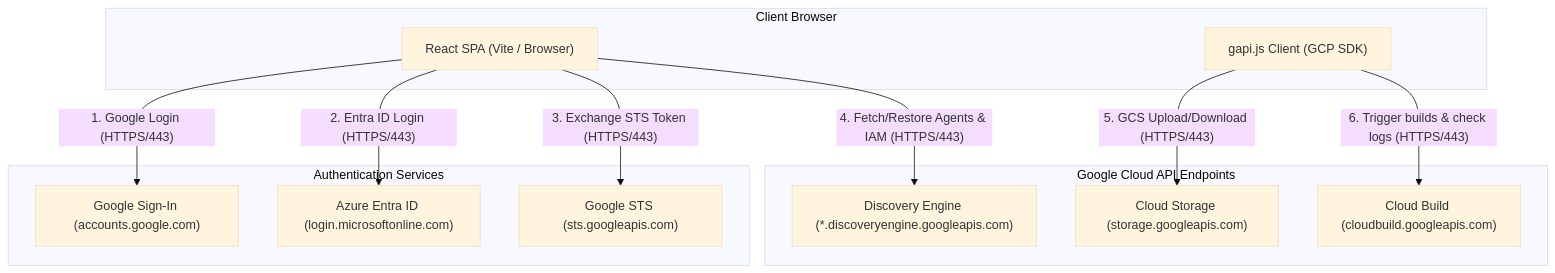
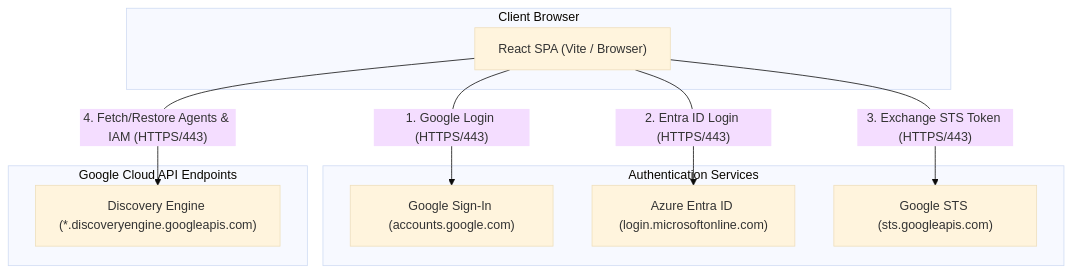
One commit to wdufrin/Backup_Restore_App changed the diagram in README.md. Above: the diagram before and after it, drawn with Mermaid (base theme). The commit also changed other lines of this file and 4 other files, not shown here.

````diff
--- a/README.md
+++ b/README.md
@@ -233,28 +27,23 @@
 ```mermaid
 graph TD
     subgraph Client ["Client Browser"]
         Frontend["React SPA (Vite / Browser)"]
-        GAPI["gapi.js Client (GCP SDK)"]
     end
 
     subgraph Auth ["Authentication Services"]
         GIS["Google Sign-In (accounts.google.com)"]
         IdP["Azure Entra ID (login.microsoftonline.com)"]
         STS["Google STS (sts.googleapis.com)"]
     end
 
     subgraph GoogleCloud ["Google Cloud API Endpoints"]
         DE["Discovery Engine (*.discoveryengine.googleapis.com)"]
-        GCS["Cloud Storage (storage.googleapis.com)"]
-        CB["Cloud Build (cloudbuild.googleapis.com)"]
     end
 
     %% Network flows
-    Frontend -- "1. Google Login (HTTPS/443)" --> GIS
-    Frontend -- "2. Entra ID Login (HTTPS/443)" --> IdP
-    Frontend -- "3. Exchange STS Token (HTTPS/443)" --> STS
+    Frontend -->|"1. Google Login (HTTPS/443)"| GIS
+    Frontend -->|"2. Entra ID Login (HTTPS/443)"| IdP
+    Frontend -->|"3. Exchange STS Token (HTTPS/443)"| STS
     
-    Frontend -- "4. Fetch/Restore Agents & IAM (HTTPS/443)" --> DE
-    GAPI -- "5. GCS Upload/Download (HTTPS/443)" --> GCS
-    GAPI -- "6. Trigger builds & check logs (HTTPS/443)" --> CB
+    Frontend -->|"4. Fetch/Restore Agents & IAM (HTTPS/443)"| DE
 ```
````
